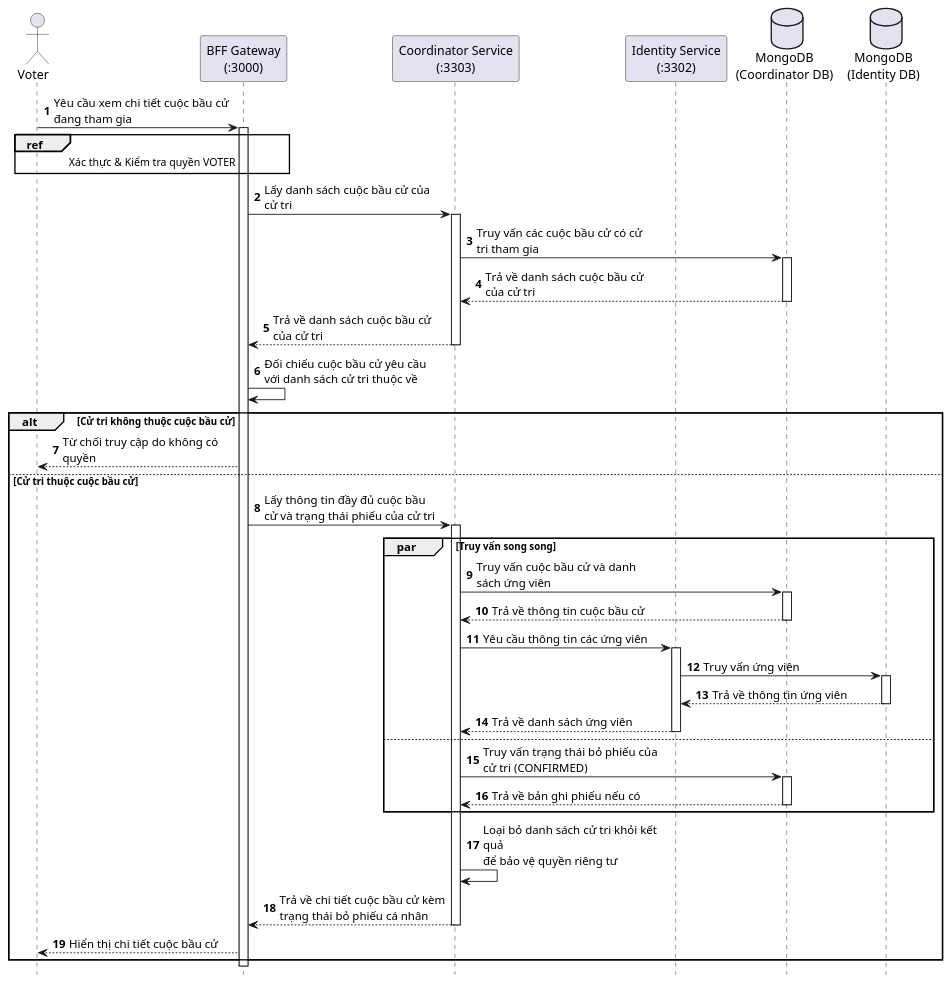
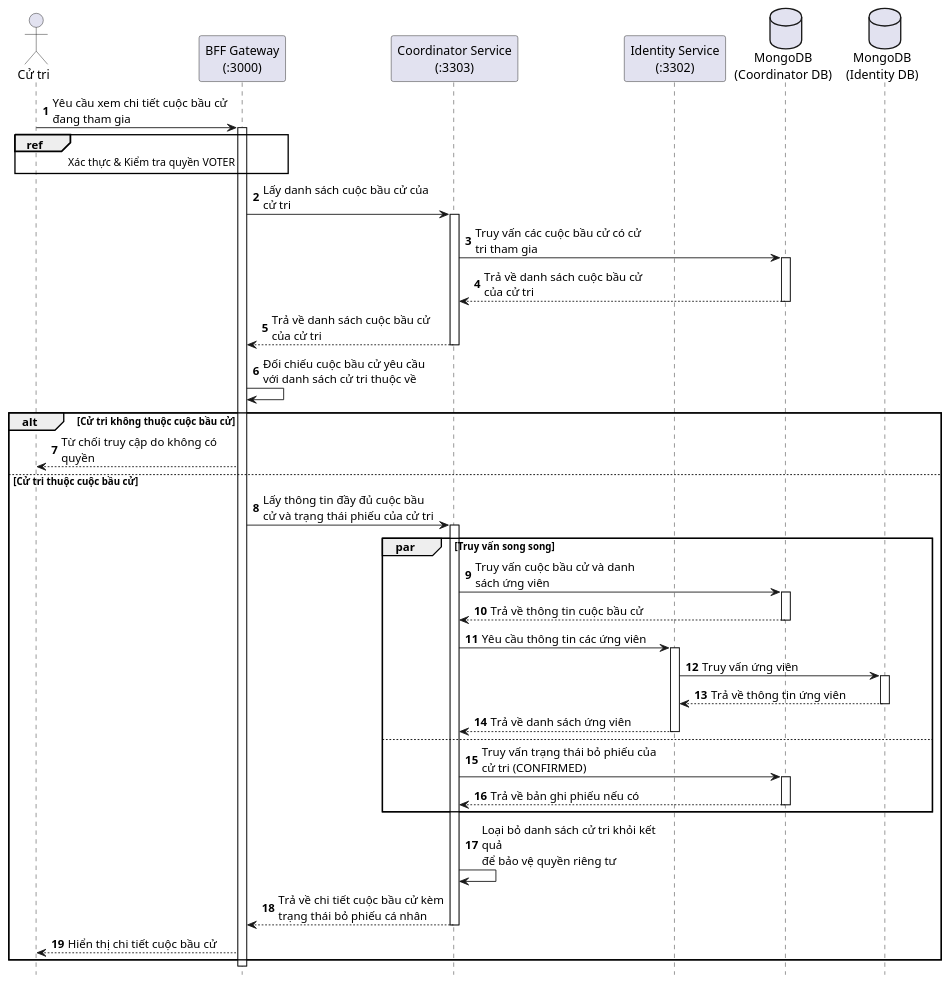
One commit to Tuienn/e-voting-latex changed the diagram in PlantUML/Sequence/Xem-chi-tiet-bau-cu-tham-gia.puml. Above: the diagram before and after it, drawn with PlantUML. The commit also changed 54 other files, not shown here.

```diff
--- a/PlantUML/Sequence/Xem-chi-tiet-bau-cu-tham-gia.puml
+++ b/PlantUML/Sequence/Xem-chi-tiet-bau-cu-tham-gia.puml
@@ -1,64 +1,64 @@
 @startuml XemChiTietBauCuThamGia
 hide footbox
 autonumber
 skinparam maxMessageSize 200
 
-actor "Voter " as Voter
+actor "Cử tri" as Voter
 participant "BFF Gateway\n(:3000)" as BFF
 participant "Coordinator Service\n(:3303)" as Coordinator
 participant "Identity Service\n(:3302)" as Identity
 database "MongoDB\n(Coordinator DB)" as CoDB
 database "MongoDB\n(Identity DB)" as IdDB
 
 Voter -> BFF: Yêu cầu xem chi tiết cuộc bầu cử đang tham gia
 activate BFF
 
 ref over Voter, BFF : Xác thực & Kiểm tra quyền VOTER
 
 BFF -> Coordinator: Lấy danh sách cuộc bầu cử của cử tri
 activate Coordinator
 Coordinator -> CoDB: Truy vấn các cuộc bầu cử có cử tri tham gia
 activate CoDB
 CoDB --> Coordinator: Trả về danh sách cuộc bầu cử của cử tri
 deactivate CoDB
 Coordinator --> BFF: Trả về danh sách cuộc bầu cử của cử tri
 deactivate Coordinator
 
 BFF -> BFF: Đối chiếu cuộc bầu cử yêu cầu với danh sách cử tri thuộc về
 
 alt Cử tri không thuộc cuộc bầu cử
   BFF --> Voter: Từ chối truy cập do không có quyền
 else Cử tri thuộc cuộc bầu cử
   BFF -> Coordinator: Lấy thông tin đầy đủ cuộc bầu cử và trạng thái phiếu của cử tri
   activate Coordinator
 
   par Truy vấn song song
     Coordinator -> CoDB: Truy vấn cuộc bầu cử và danh sách ứng viên
     activate CoDB
     CoDB --> Coordinator: Trả về thông tin cuộc bầu cử
     deactivate CoDB
 
     Coordinator -> Identity: Yêu cầu thông tin các ứng viên
     activate Identity
     Identity -> IdDB: Truy vấn ứng viên
     activate IdDB
     IdDB --> Identity: Trả về thông tin ứng viên
     deactivate IdDB
     Identity --> Coordinator: Trả về danh sách ứng viên
     deactivate Identity
   else
     Coordinator -> CoDB: Truy vấn trạng thái bỏ phiếu của cử tri (CONFIRMED)
     activate CoDB
     CoDB --> Coordinator: Trả về bản ghi phiếu nếu có
     deactivate CoDB
   end
 
   Coordinator -> Coordinator: Loại bỏ danh sách cử tri khỏi kết quả\nđể bảo vệ quyền riêng tư
   Coordinator --> BFF: Trả về chi tiết cuộc bầu cử kèm trạng thái bỏ phiếu cá nhân
   deactivate Coordinator
 
   BFF --> Voter: Hiển thị chi tiết cuộc bầu cử
 end
 
 deactivate BFF
 @enduml
```
